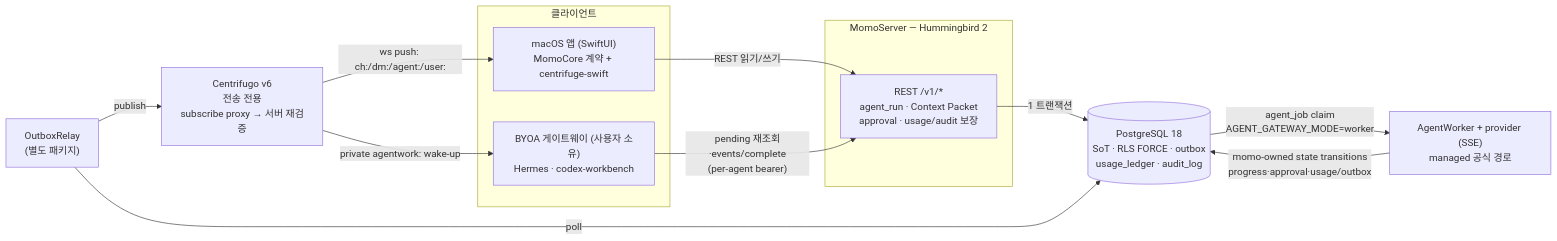
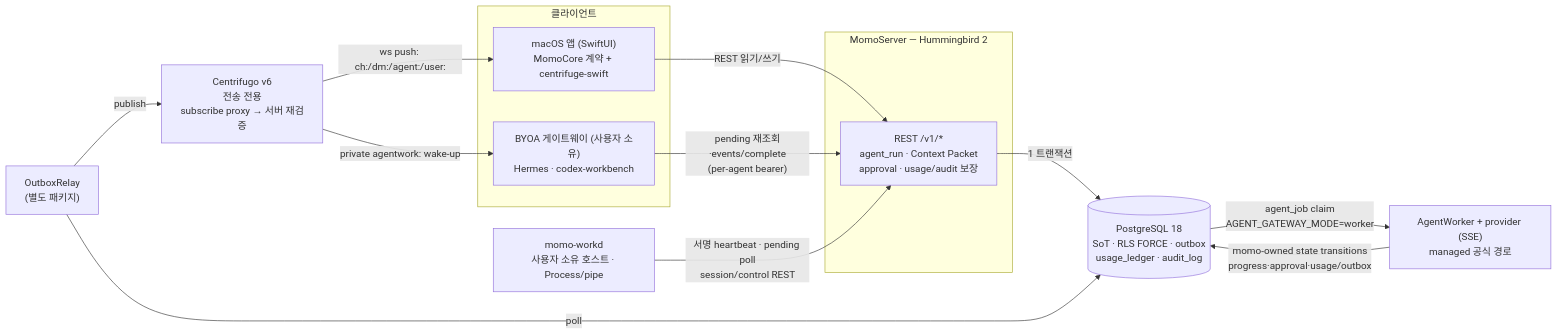
One commit to yeomyeonggeori/oort changed the first of 3 diagrams in docs/architecture/overview.md. Above: the diagram before and after it, drawn with Mermaid. The commit also changed other lines of this file and 2 other files, not shown here.

Commit message:
docs(workd): document host daemon runtime contract (#525)

````diff
--- a/docs/architecture/overview.md
+++ b/docs/architecture/overview.md
@@ -17,24 +17,26 @@
 ```mermaid
 flowchart LR
     subgraph clients [클라이언트]
         MAC["macOS 앱 (SwiftUI)<br/>MomoCore 계약 + centrifuge-swift"]
         HG["BYOA 게이트웨이 (사용자 소유)<br/>Hermes · codex-workbench"]
     end
     subgraph server [MomoServer — Hummingbird 2]
         API["REST /v1/*<br/>agent_run · Context Packet<br/>approval · usage/audit 보장"]
     end
     PG[("PostgreSQL 18<br/>SoT · RLS FORCE · outbox<br/>usage_ledger · audit_log")]
     RELAY["OutboxRelay<br/>(별도 패키지)"]
     CENT["Centrifugo v6<br/>전송 전용<br/>subscribe proxy → 서버 재검증"]
     AW["AgentWorker + provider (SSE)<br/>managed 공식 경로"]
+    WD["momo-workd<br/>사용자 소유 호스트 · Process/pipe"]
 
     MAC -->|REST 읽기/쓰기| API
     HG -->|"pending 재조회·events/complete<br/>(per-agent bearer)"| API
     API -->|1 트랜잭션| PG
     RELAY -->|poll| PG
     RELAY -->|publish| CENT
     CENT -->|"ws push: ch:/dm:/agent:/user:"| MAC
     CENT -->|"private agentwork: wake-up"| HG
     PG -->|"agent_job claim<br/>AGENT_GATEWAY_MODE=worker"| AW
     AW -->|"momo-owned state transitions<br/>progress·approval·usage/outbox"| PG
+    WD -->|"서명 heartbeat · pending poll<br/>session/control REST"| API
 ```
````
